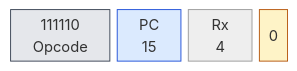
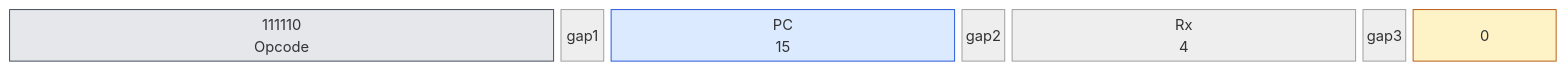
The fourth of 4 diagrams in book/kap04.md (olfp/Deep16), drawn with Mermaid (neutral theme) before and after one commit. The commit also changed other lines of this file and 1 other file, not shown here.

Commit message:
book: Befehlsdiagramme in Kap. 4 mit Lückenspalten (31 Spalten) für einheitliche Breite überarbeitet

````diff
--- a/book/kap04.md
+++ b/book/kap04.md
@@ -276,14 +281,17 @@
 ```mermaid
 block-beta
-  columns 16
+  columns 31
   classDef op fill:#e5e7eb,stroke:#374151
   classDef reg fill:#dbeafe,stroke:#1d4ed8
   classDef imm fill:#fef3c7,stroke:#b45309
-  b0["111110<br/>Opcode"]:6
-  b1["PC<br/>15"]:4
-  b2["Rx<br/>4"]:4
-  b3["0"]:2
+  b0["111110<br/>Opcode"]:11
+  gap1:1
+  b1["PC<br/>15"]:7
+  gap2:1
+  b2["Rx<br/>4"]:7
+  gap3:1
+  b3["0"]:3
   class b0 op
   class b1 b2 reg
   class b3 imm
 ```
````
